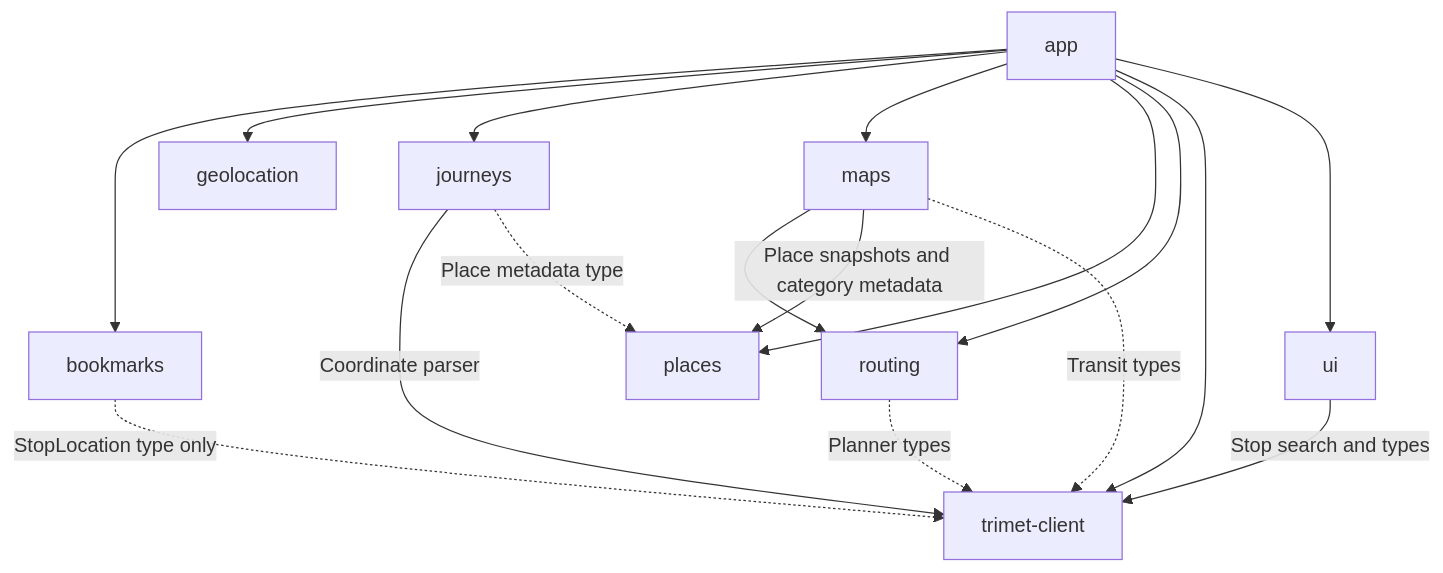
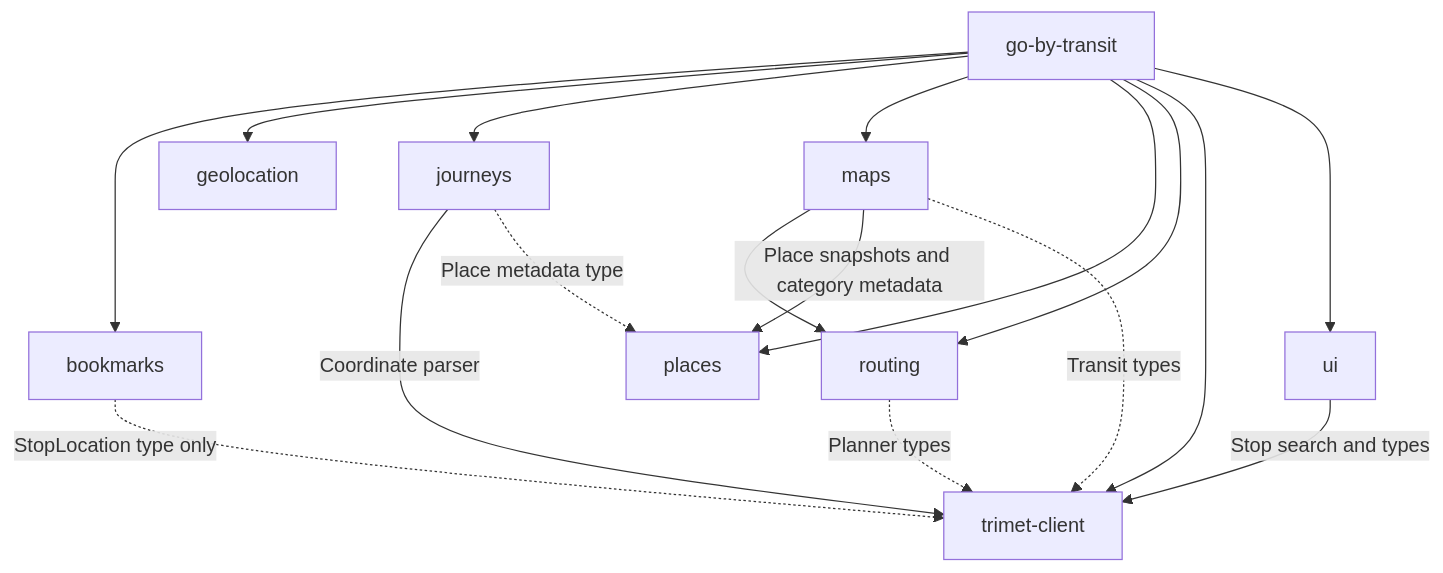
The second of 2 diagrams in docs/architecture.md (wintermuted/trimet-arrivals), drawn with Mermaid before and after one commit. The commit also changed other lines of this file and 534 other files, not shown here.

Commit message:
refactor: rename workspace to overworld and app to go-by-transit

````diff
--- a/docs/architecture.md
+++ b/docs/architecture.md
@@ -52,19 +53,19 @@
 ```mermaid
 flowchart TD
-    app["app"] --> bookmarks["bookmarks"]
+    app["go-by-transit"] --> bookmarks["bookmarks"]
     app --> geolocation["geolocation"]
     app --> journeys["journeys"]
     app --> maps["maps"]
     app --> places["places"]
     app --> routing["routing"]
     app --> trimet["trimet-client"]
     app --> ui["ui"]
     bookmarks -.->|StopLocation type only| trimet
     maps --> routing
     maps -->|Place snapshots and category metadata| places
     maps -.->|Transit types| trimet
     routing -.->|Planner types| trimet
     journeys -->|Coordinate parser| trimet
     journeys -.->|Place metadata type| places
     ui -->|Stop search and types| trimet
 ```
````
